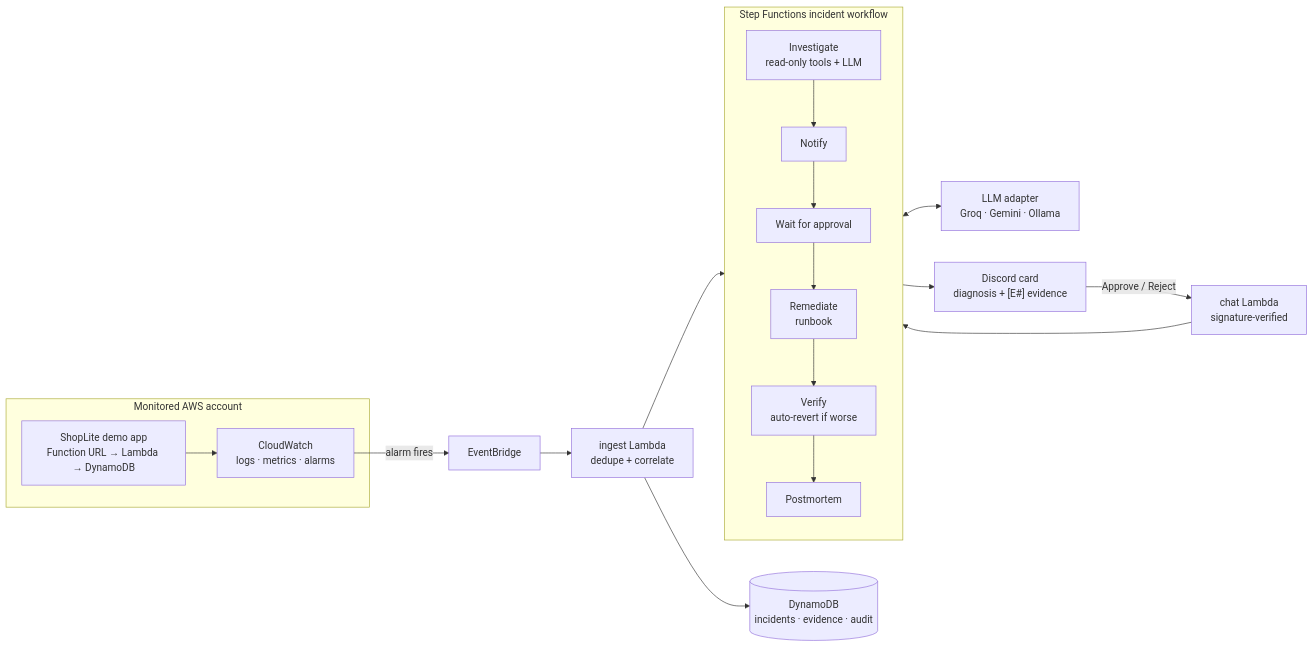
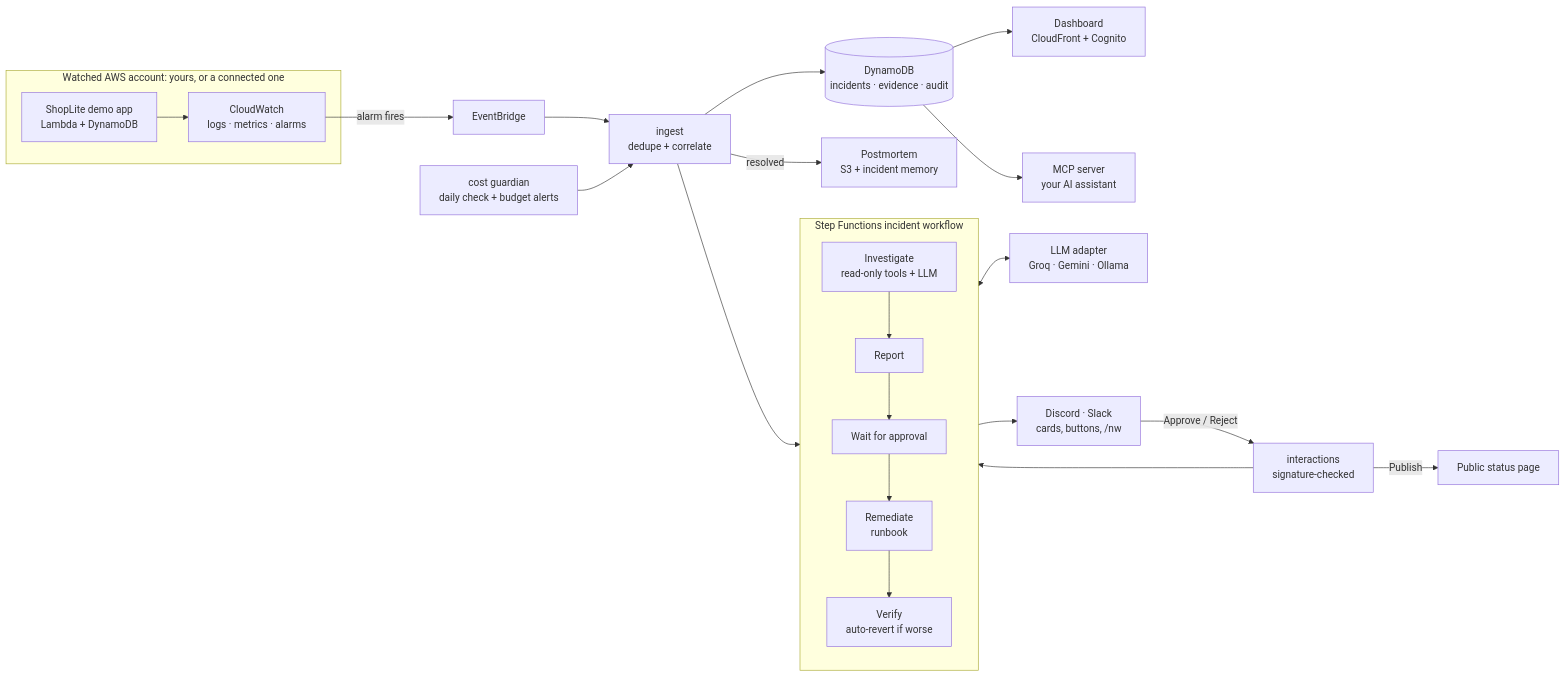
The diagram in README.md (RaagulGananathan13/nightwatch), drawn with Mermaid before and after one commit. The commit also changed other lines of this file, not shown here.

````diff
--- a/README.md
+++ b/README.md
@@ -37,22 +40,27 @@
 ```mermaid
 flowchart LR
-    subgraph app["Monitored AWS account"]
-        SL["ShopLite demo app<br/>Function URL → Lambda → DynamoDB"]
+    subgraph watched["Watched AWS account: yours, or a connected one"]
+        SL["ShopLite demo app<br/>Lambda + DynamoDB"]
         CW["CloudWatch<br/>logs · metrics · alarms"]
         SL --> CW
     end
 
-    CW -- alarm fires --> EB["EventBridge"] --> ING["ingest Lambda<br/>dedupe + correlate"]
+    CW -- alarm fires --> EB["EventBridge"] --> ING["ingest<br/>dedupe + correlate"]
+    COST["cost guardian<br/>daily check + budget alerts"] --> ING
     ING --> DB[("DynamoDB<br/>incidents · evidence · audit")]
     ING --> WF
 
     subgraph WF["Step Functions incident workflow"]
         direction TB
-        INV["Investigate<br/>read-only tools + LLM"] --> NOTE["Notify"] --> WAIT["Wait for approval"]
-        WAIT --> FIX["Remediate<br/>runbook"] --> VER["Verify<br/>auto-revert if worse"] --> PM["Postmortem"]
+        INV["Investigate<br/>read-only tools + LLM"] --> REP["Report"] --> WAIT["Wait for approval"]
+        WAIT --> FIX["Remediate<br/>runbook"] --> VER["Verify<br/>auto-revert if worse"]
     end
 
     INV <--> LLM["LLM adapter<br/>Groq · Gemini · Ollama"]
-    NOTE --> DC["Discord card<br/>diagnosis + [E#] evidence"]
-    DC -- Approve / Reject --> CHAT["chat Lambda<br/>signature-verified"] --> WAIT
+    REP --> CHAT["Discord · Slack<br/>cards, buttons, /nw"]
+    CHAT -- Approve / Reject --> INT["interactions<br/>signature-checked"] --> WAIT
+    ING -- resolved --> PM["Postmortem<br/>S3 + incident memory"]
+    DB --> DASH["Dashboard<br/>CloudFront + Cognito"]
+    DB --> MCP["MCP server<br/>your AI assistant"]
+    INT -- Publish --> SP["Public status page"]
 ```
````
